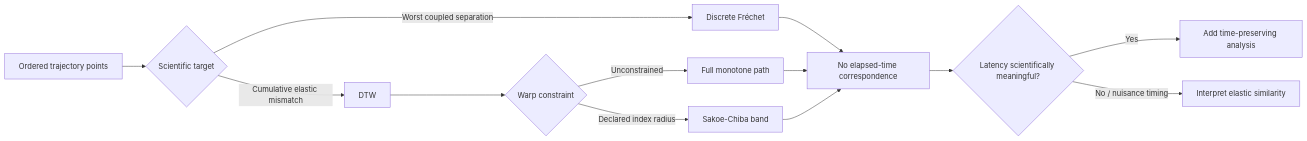
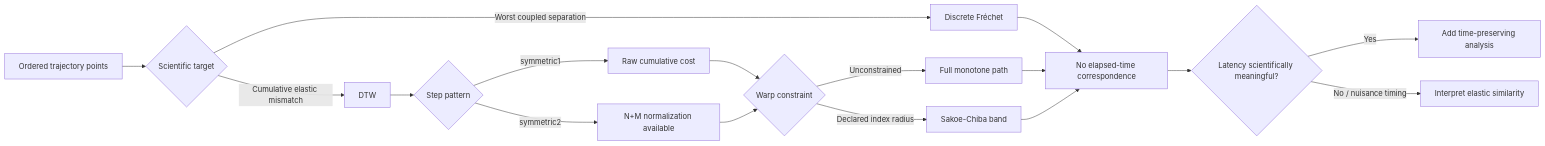
The second of 5 diagrams in WORKFLOW_ATLAS.md (stefanosbalaskas/eyetrajectoriespy), drawn with Mermaid before and after one commit. The commit also changed 37 other files, not shown here.

First line of the commit message:
Harden DTW step-pattern and normalization contracts (#41)

````diff
--- a/WORKFLOW_ATLAS.md
+++ b/WORKFLOW_ATLAS.md
@@ -28,15 +28,19 @@
 ```mermaid
 flowchart LR
     A[Ordered trajectory points] --> B{Scientific target}
     B -->|Worst coupled separation| C[Discrete Fréchet]
     B -->|Cumulative elastic mismatch| D[DTW]
-    D --> E{Warp constraint}
-    E -->|Unconstrained| F[Full monotone path]
-    E -->|Declared index radius| G[Sakoe-Chiba band]
-    C --> H[No elapsed-time correspondence]
-    F --> H
+    D --> E{Step pattern}
+    E -->|symmetric1| F[Raw cumulative cost]
+    E -->|symmetric2| G[N+M normalization available]
+    F --> H{Warp constraint}
     G --> H
-    H --> I{Latency scientifically meaningful?}
-    I -->|Yes| J[Add time-preserving analysis]
-    I -->|No / nuisance timing| K[Interpret elastic similarity]
+    H -->|Unconstrained| I[Full monotone path]
+    H -->|Declared index radius| J[Sakoe-Chiba band]
+    C --> K[No elapsed-time correspondence]
+    I --> K
+    J --> K
+    K --> L{Latency scientifically meaningful?}
+    L -->|Yes| M[Add time-preserving analysis]
+    L -->|No / nuisance timing| N[Interpret elastic similarity]
 ```
````
